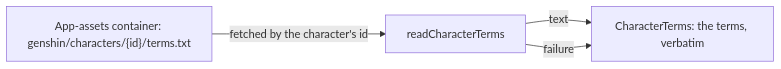
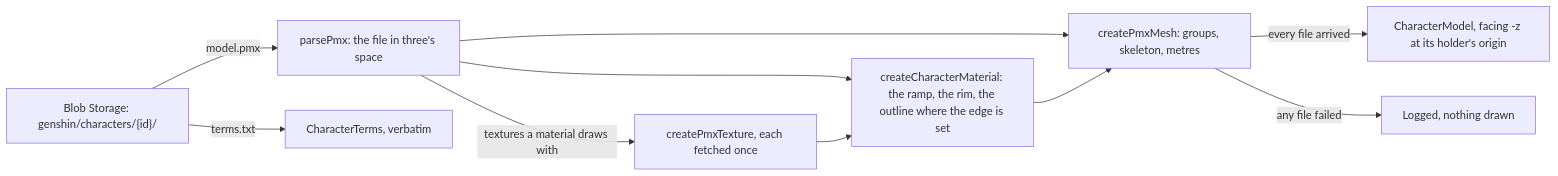
One commit to Esposter/Esposter changed the diagram in apps/web/content/docs/genshin/characters.md. Above: the diagram before and after it, drawn with Mermaid. The commit also changed other lines of this file and 3 other files, not shown here.

First line of the commit message:
docs(genshin): characters is an as-built page of the PMX reader and the pack it draws, and the proposal keeps the body, the motion, the scale and the terms' place

````diff
--- a/apps/web/content/docs/genshin/characters.md
+++ b/apps/web/content/docs/genshin/characters.md
@@ -10,6 +12,12 @@
 ```mermaid
 flowchart LR
-  BLOB["App-assets container: genshin/characters/{id}/terms.txt"] -->|fetched by the character's id| READ["readCharacterTerms"]
-  READ -->|text| TERMS["CharacterTerms: the terms, verbatim"]
-  READ -->|failure| TERMS
+  BLOB["Blob Storage: genshin/characters/{id}/"] -->|"model.pmx"| PARSE["parsePmx: the file in three's space"]
+  PARSE -->|"textures a material draws with"| TEXTURE["createPmxTexture, each fetched once"]
+  PARSE --> MATERIAL["createCharacterMaterial: the ramp, the rim, the outline where the edge is set"]
+  TEXTURE --> MATERIAL
+  PARSE --> MESH["createPmxMesh: groups, skeleton, metres"]
+  MATERIAL --> MESH
+  MESH -->|"every file arrived"| MODEL["CharacterModel, facing -z at its holder's origin"]
+  MESH -->|"any file failed"| LOG["Logged, nothing drawn"]
+  BLOB -->|"terms.txt"| TERMS["CharacterTerms, verbatim"]
 ```
````
